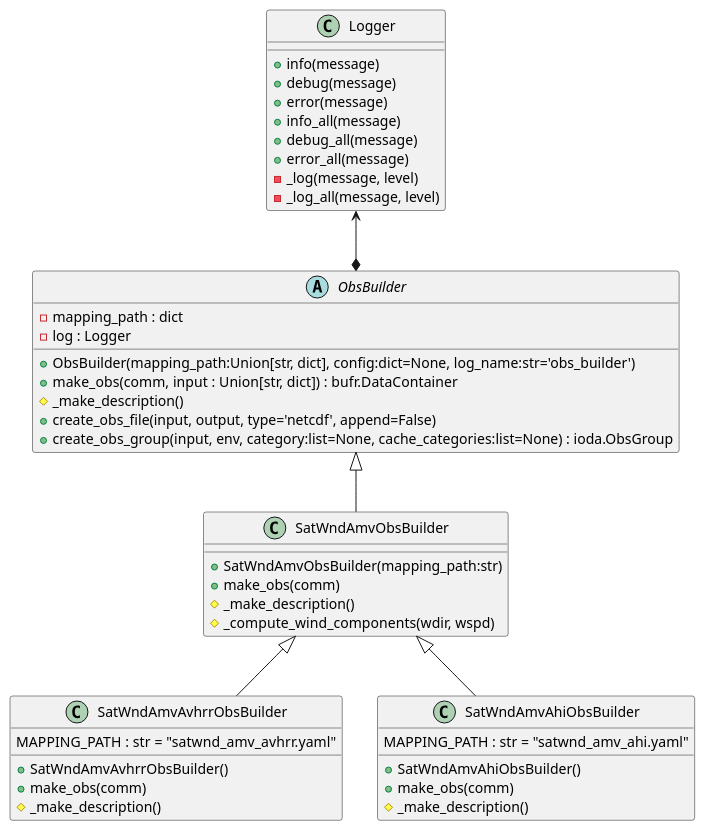
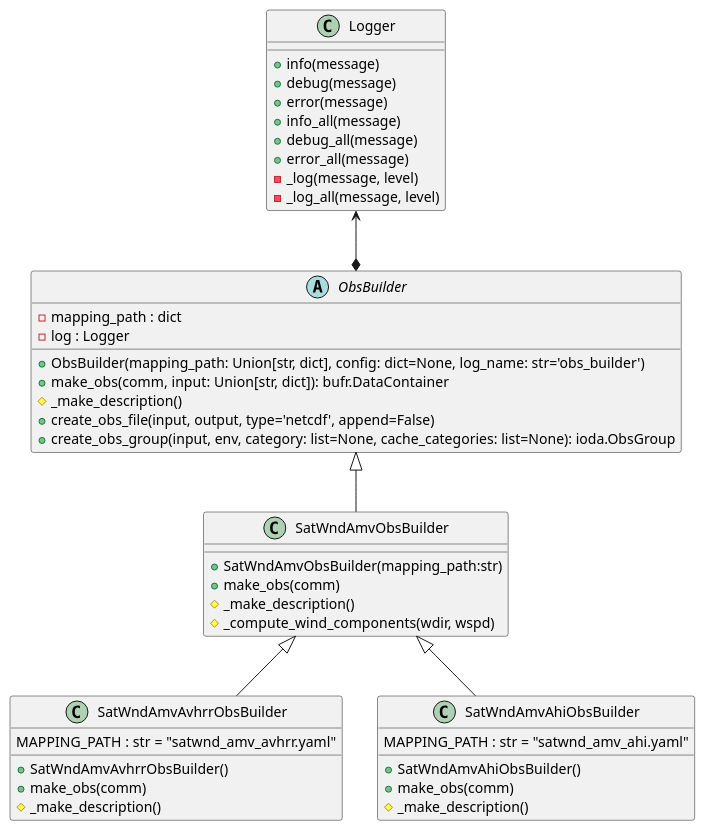
The diagram in docs/uml/BUFR_ObsBuilder.puml (NOAA-EMC/bufr-query), drawn with PlantUML before and after one commit.

```diff
--- a/docs/uml/BUFR_ObsBuilder.puml
+++ b/docs/uml/BUFR_ObsBuilder.puml
@@ -1,59 +1,59 @@
 @startuml
 'skinparam dpi 300
 'scale 1024 width
 
 class Logger
 {
   + info(message)
   + debug(message)
   + error(message)
   + info_all(message)
   + debug_all(message)
   + error_all(message)
   - _log(message, level)
   - _log_all(message, level)
 }
 
 abstract class ObsBuilder
 {
   - mapping_path : dict
   - log : Logger
 
-  + ObsBuilder(mapping_path:Union[str, dict], config:dict=None, log_name:str='obs_builder')
-  + make_obs(comm, input : Union[str, dict]) : bufr.DataContainer
+  + ObsBuilder(mapping_path: Union[str, dict], config: dict=None, log_name: str='obs_builder')
+  + make_obs(comm, input: Union[str, dict]): bufr.DataContainer
   # _make_description()
   + create_obs_file(input, output, type='netcdf', append=False)
-  + create_obs_group(input, env, category:list=None, cache_categories:list=None) : ioda.ObsGroup
+  + create_obs_group(input, env, category: list=None, cache_categories: list=None): ioda.ObsGroup
 }
 
 class SatWndAmvObsBuilder
 {
   + SatWndAmvObsBuilder(mapping_path:str)
   + make_obs(comm)
   # _make_description()
   # _compute_wind_components(wdir, wspd)
 }
 
 class SatWndAmvAvhrrObsBuilder
 {
   MAPPING_PATH : str = "satwnd_amv_avhrr.yaml"
   + SatWndAmvAvhrrObsBuilder()
   + make_obs(comm)
   # _make_description()
 }
 
 class SatWndAmvAhiObsBuilder
 {
    MAPPING_PATH : str = "satwnd_amv_ahi.yaml"
   + SatWndAmvAhiObsBuilder()
   + make_obs(comm)
   # _make_description()
 }
 
 Logger <--* ObsBuilder
 ObsBuilder <|-- SatWndAmvObsBuilder
 SatWndAmvObsBuilder <|-- SatWndAmvAvhrrObsBuilder
 SatWndAmvObsBuilder <|-- SatWndAmvAhiObsBuilder
 
 
 @enduml
```
